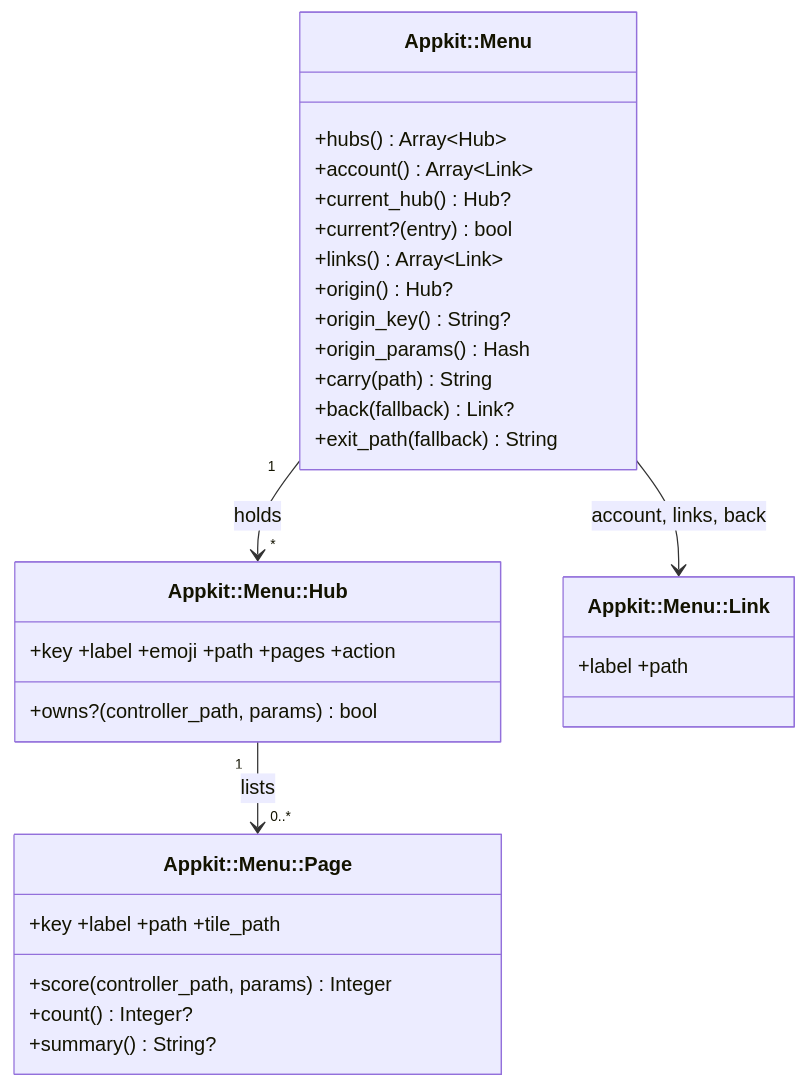
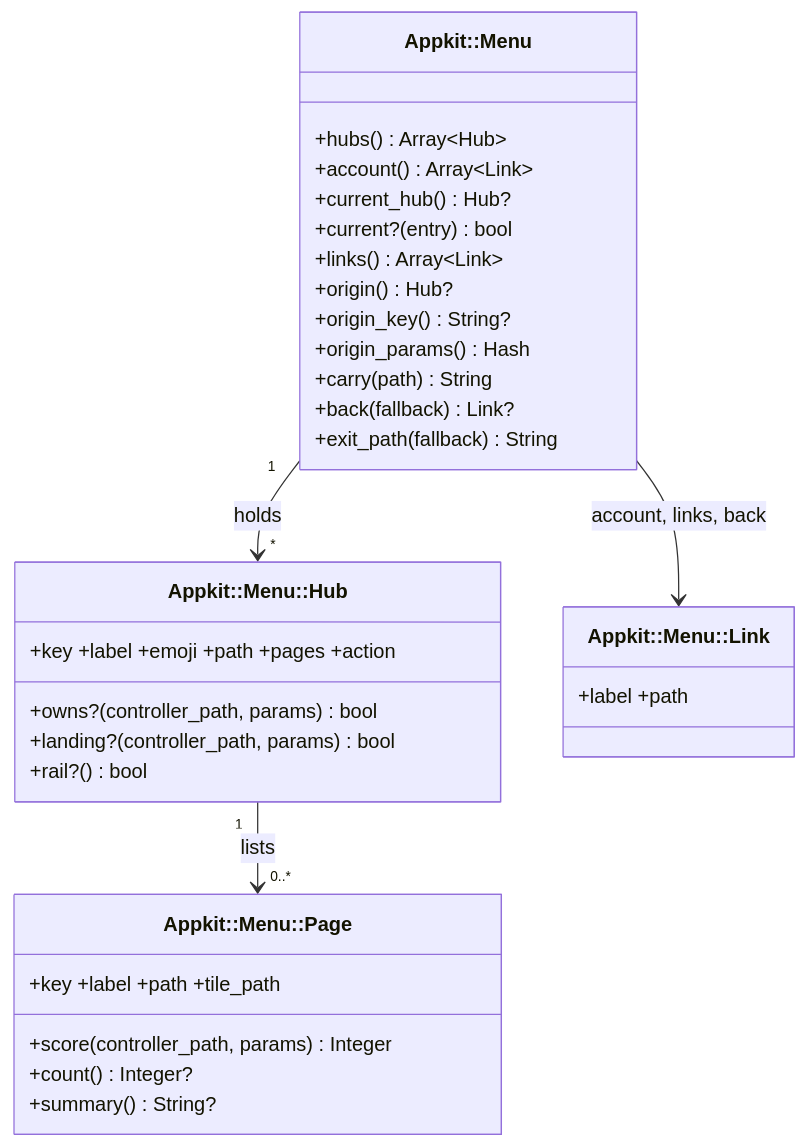
Before and after one commit to eirvandelden/appkit: the first of 2 diagrams in docs/changes/navigation-hubs/plan.md, drawn with Mermaid. The commit also changed other lines of this file and 6 other files, not shown here.

````diff
--- a/docs/changes/navigation-hubs/plan.md
+++ b/docs/changes/navigation-hubs/plan.md
@@ -24,32 +24,34 @@
 ```mermaid
 classDiagram
   class AppkitMenu["Appkit::Menu"] {
     +hubs() Array~Hub~
     +account() Array~Link~
     +current_hub() Hub?
     +current?(entry) bool
     +links() Array~Link~
     +origin() Hub?
     +origin_key() String?
     +origin_params() Hash
     +carry(path) String
     +back(fallback) Link?
     +exit_path(fallback) String
   }
   class Hub["Appkit::Menu::Hub"] {
     +key +label +emoji +path +pages +action
     +owns?(controller_path, params) bool
+    +landing?(controller_path, params) bool
+    +rail?() bool
   }
   class Page["Appkit::Menu::Page"] {
     +key +label +path +tile_path
     +score(controller_path, params) Integer
     +count() Integer?
     +summary() String?
   }
   class Link["Appkit::Menu::Link"] {
     +label +path
   }
   AppkitMenu "1" --> "*" Hub : holds
   Hub "1" --> "0..*" Page : lists
   AppkitMenu --> Link : account, links, back
 ```
````
